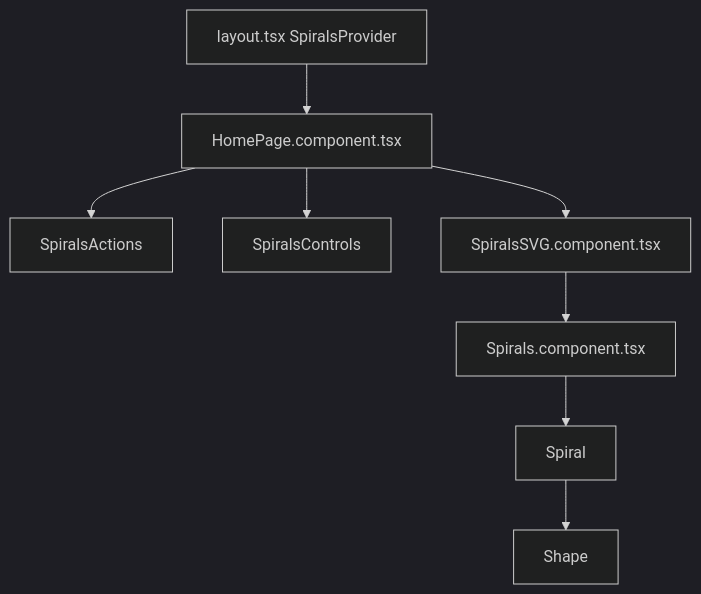
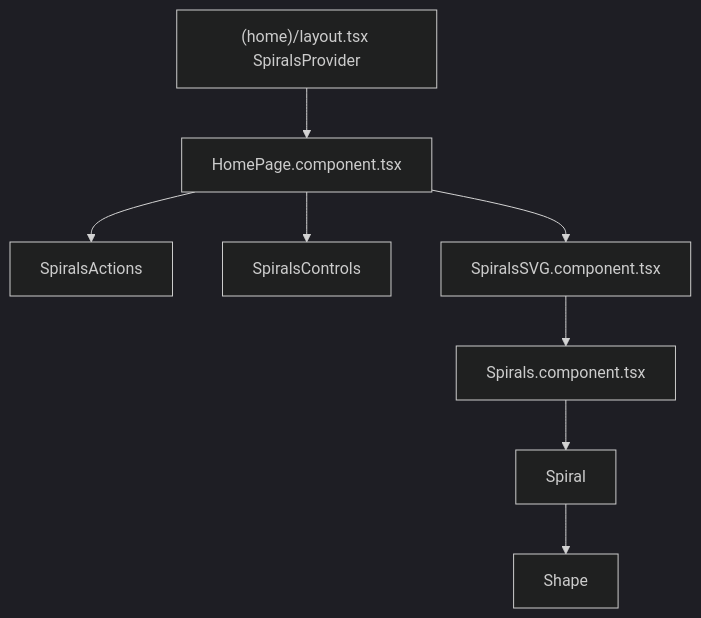
The diagram in docs/handbook/spirals.md (wadehammes/next.wadehammes.com), drawn with Mermaid (dark theme) before and after one commit. The commit also changed other lines of this file and 88 other files, not shown here.

````diff
--- a/docs/handbook/spirals.md
+++ b/docs/handbook/spirals.md
@@ -17,19 +17,19 @@
 ```mermaid
 flowchart TB
-  Layout[layout.tsx SpiralsProvider]
+  Layout["(home)/layout.tsx SpiralsProvider"]
   HP[HomePage.component.tsx]
   SA[SpiralsActions]
   SC[SpiralsControls]
   SVG[SpiralsSVG.component.tsx]
   S[Spirals.component.tsx]
   Sp[Spiral]
   Sh[Shape]
 
   Layout --> HP
   HP --> SA
   HP --> SC
   HP --> SVG
   SVG --> S
   S --> Sp
   Sp --> Sh
 ```
````
